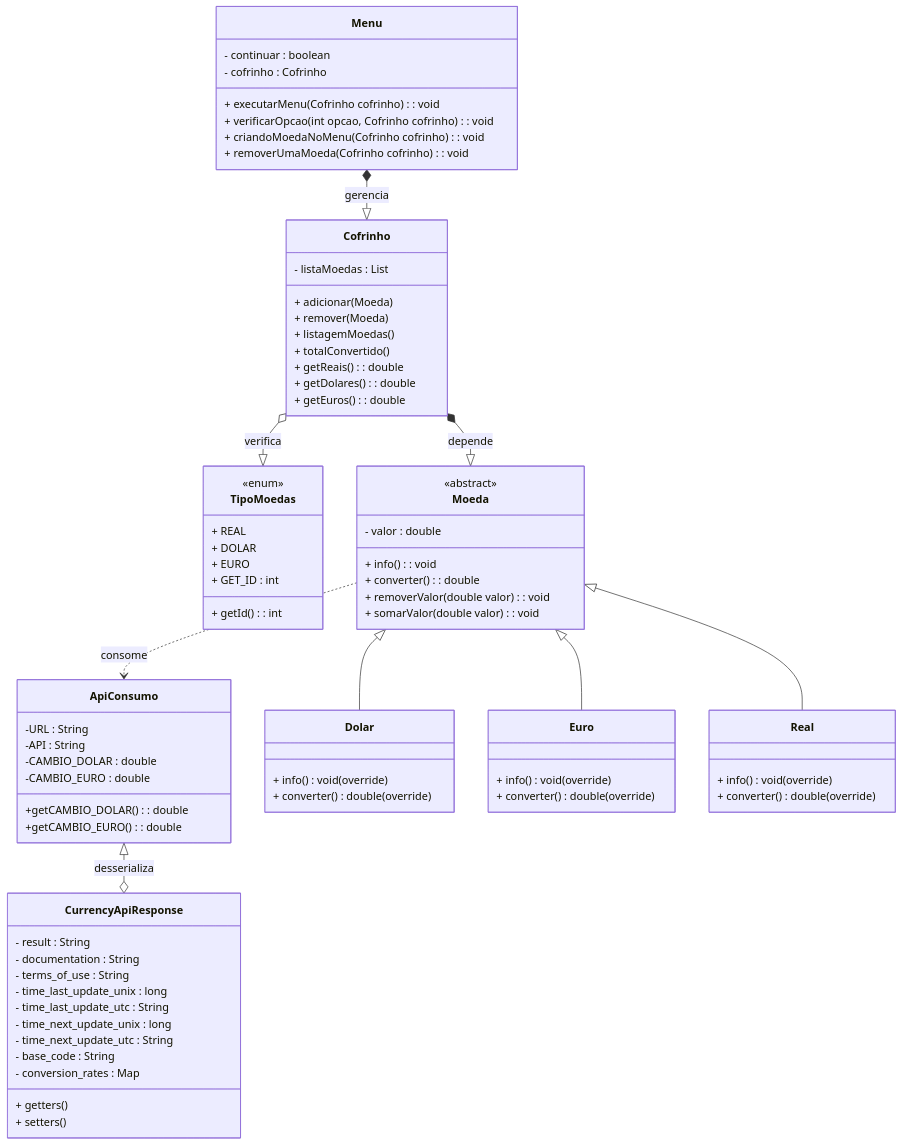
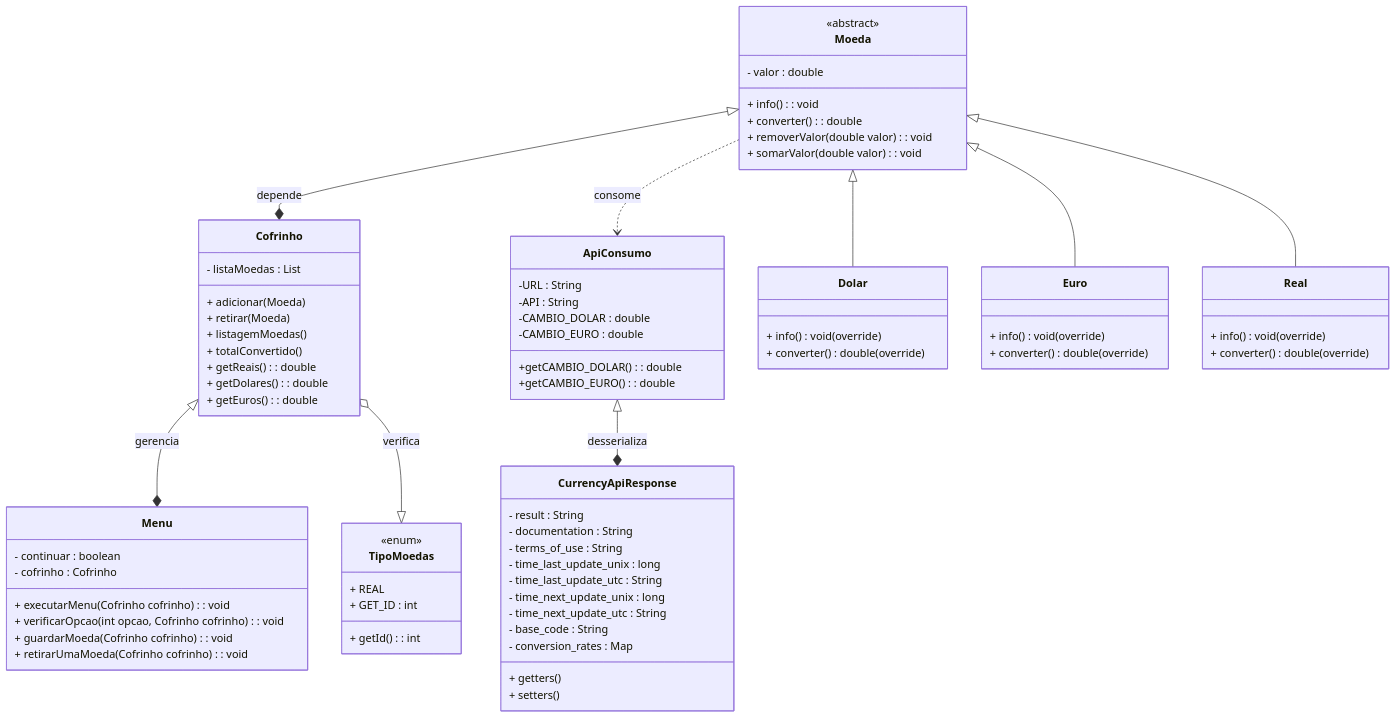
One commit to Luc033/CofrinhoTrabalho changed the diagram in README.md. Above: the diagram before and after it, drawn with Mermaid.

````diff
--- a/README.md
+++ b/README.md
@@ -73,18 +73,9 @@
 ```mermaid
 classDiagram
-    Menu *--|> Cofrinho : gerencia
-    Cofrinho o --|> TipoMoedas : verifica
-    Cofrinho *--|> Moeda : depende
-    Moeda ..> ApiConsumo : consome
-    Moeda <|-- Dolar
-    Moeda <|-- Euro
-    Moeda <|-- Real
-   ApiConsumo <|--o CurrencyApiResponse : desserializa
-
     class Cofrinho {
         - listaMoedas : List<Moeda>
         + adicionar(Moeda)
-        + remover(Moeda)
+        + retirar(Moeda)
         + listagemMoedas()
         + totalConvertido()
         + getReais() : double
@@ -142,16 +133,23 @@
       - cofrinho : Cofrinho
       + executarMenu(Cofrinho cofrinho) : void
       + verificarOpcao(int opcao, Cofrinho cofrinho) : void
-      + criandoMoedaNoMenu(Cofrinho cofrinho) : void
-      + removerUmaMoeda(Cofrinho cofrinho) : void
+      + guardarMoeda(Cofrinho cofrinho) : void
+      + retirarUmaMoeda(Cofrinho cofrinho) : void
    }
 
    class TipoMoedas{
       <<enum>>
       + REAL
-      + DOLAR
-      + EURO
       + GET_ID : int
       + getId() : int
    }
+   
+   Cofrinho <|--* Menu : gerencia
+   Moeda <|--* Cofrinho : depende
+   Moeda ..> ApiConsumo : consome
+   Moeda <|-- Dolar
+   Moeda <|-- Euro
+   Moeda <|-- Real
+   Cofrinho o--|> TipoMoedas : verifica
+   ApiConsumo <|--* CurrencyApiResponse : desserializa
 ```
````
